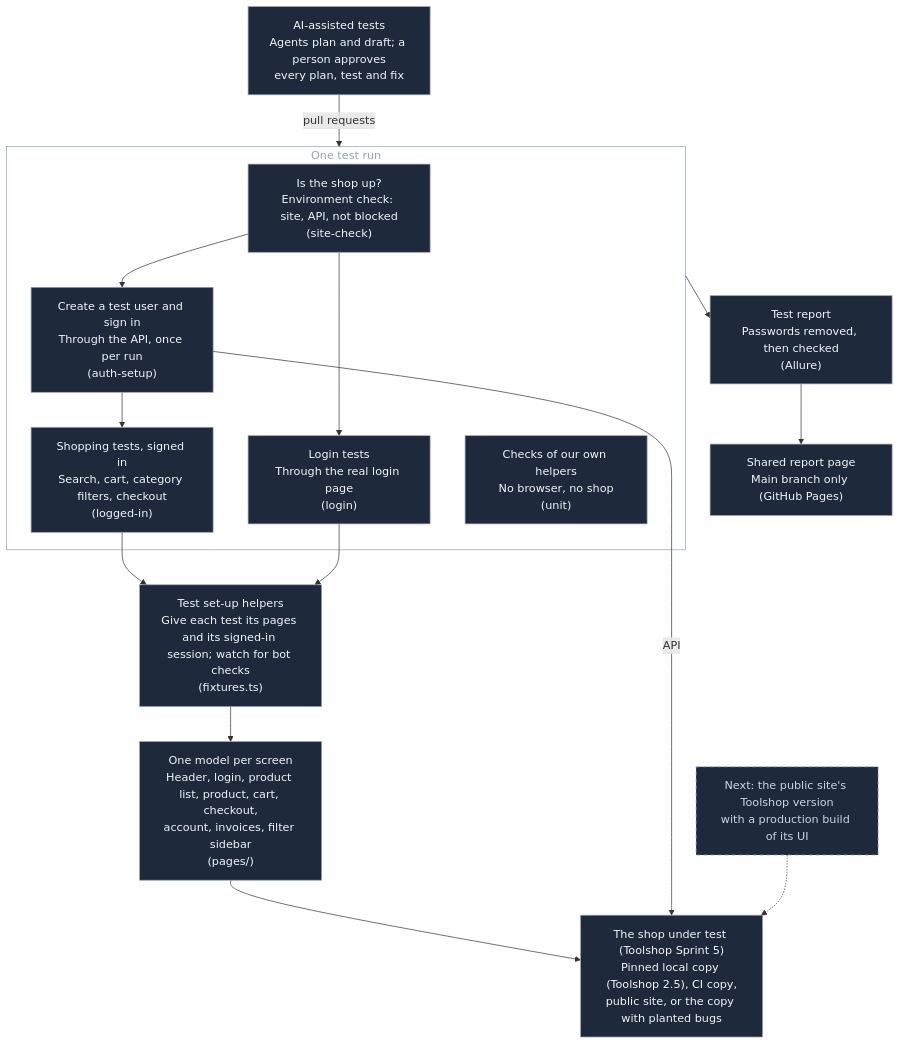
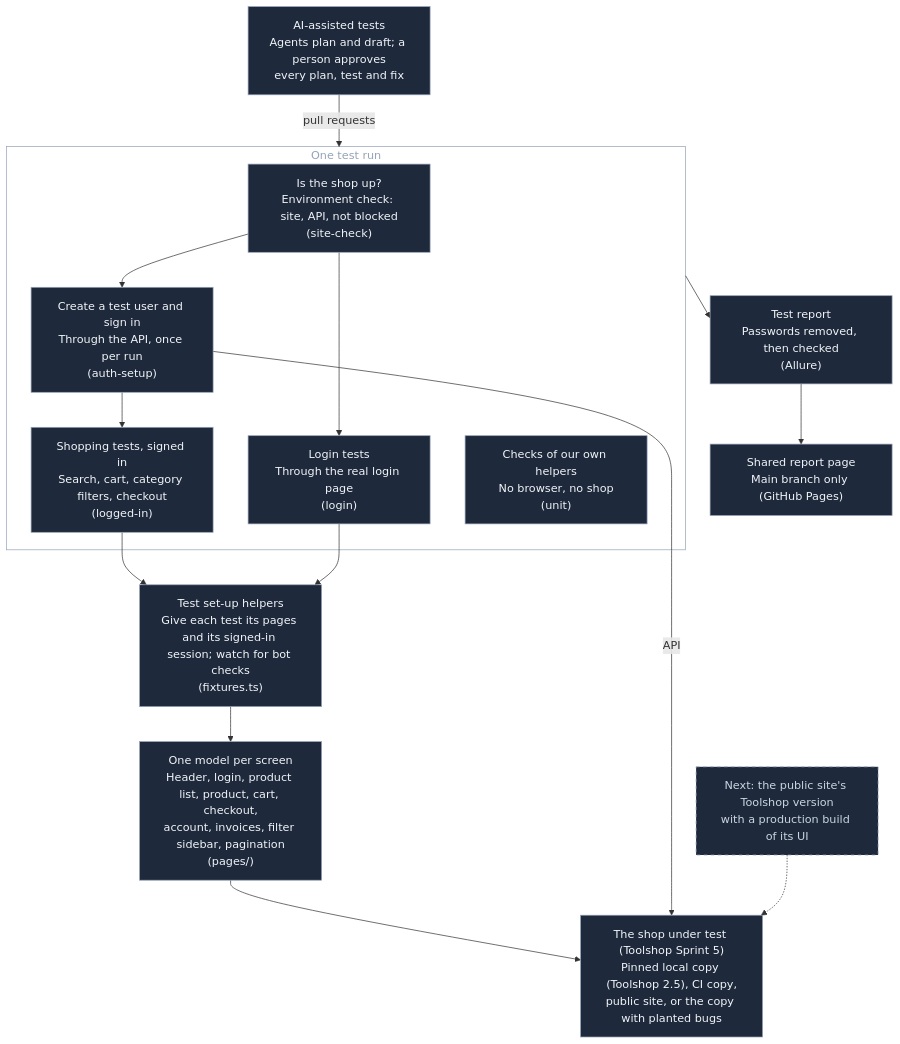
One commit to rahulsharma-qe/playwright-qa-agent changed the first of 3 diagrams in docs/architecture.md. Above: the diagram before and after it, drawn with Mermaid. The commit also changed other lines of this file and 1 other file, not shown here.

First line of the commit message:
architecture and lld up to date: app profiles, the given-user mode, three suites, the JSON artifact, the compare tool and the counts line

````diff
--- a/docs/architecture.md
+++ b/docs/architecture.md
@@ -15,31 +15,31 @@
 ```mermaid
 flowchart TB
   subgraph RUN["One test run"]
     ENV["Is the shop up?<br/>Environment check: site, API, not blocked<br/>(site-check)"]
     USER["Create a test user and sign in<br/>Through the API, once per run<br/>(auth-setup)"]
     SHOP["Shopping tests, signed in<br/>Search, cart, category filters, checkout<br/>(logged-in)"]
     LOGIN["Login tests<br/>Through the real login page<br/>(login)"]
     UNIT["Checks of our own helpers<br/>No browser, no shop<br/>(unit)"]
   end
   HELP["Test set-up helpers<br/>Give each test its pages and its signed-in session; watch for bot checks<br/>(fixtures.ts)"]
-  SCREENS["One model per screen<br/>Header, login, product list, product, cart, checkout,<br/>account, invoices, filter sidebar<br/>(pages/)"]
+  SCREENS["One model per screen<br/>Header, login, product list, product, cart, checkout,<br/>account, invoices, filter sidebar, pagination<br/>(pages/)"]
   APP["The shop under test (Toolshop Sprint 5)<br/>Pinned local copy (Toolshop 2.5), CI copy,<br/>public site, or the copy with planted bugs"]
   REP["Test report<br/>Passwords removed, then checked<br/>(Allure)"]
   PUB["Shared report page<br/>Main branch only (GitHub Pages)"]
   AI["AI-assisted tests<br/>Agents plan and draft; a person approves<br/>every plan, test and fix"]
   NEXT["Next: the public site's Toolshop version<br/>with a production build of its UI"]
   ENV --> USER --> SHOP
   ENV --> LOGIN
   SHOP --> HELP
   LOGIN --> HELP
   HELP --> SCREENS --> APP
   USER -->|API| APP
   RUN --> REP --> PUB
   AI -->|pull requests| RUN
   NEXT -.-> APP
   classDef box fill:#1e293b,stroke:#94a3b8,color:#f1f5f9
   classDef later fill:#1e293b,stroke:#94a3b8,color:#cbd5e1,stroke-dasharray: 5 5
   class ENV,USER,SHOP,LOGIN,UNIT,HELP,SCREENS,APP,REP,PUB,AI box
   class NEXT later
   style RUN fill:transparent,stroke:#94a3b8,color:#94a3b8
 ```
````
